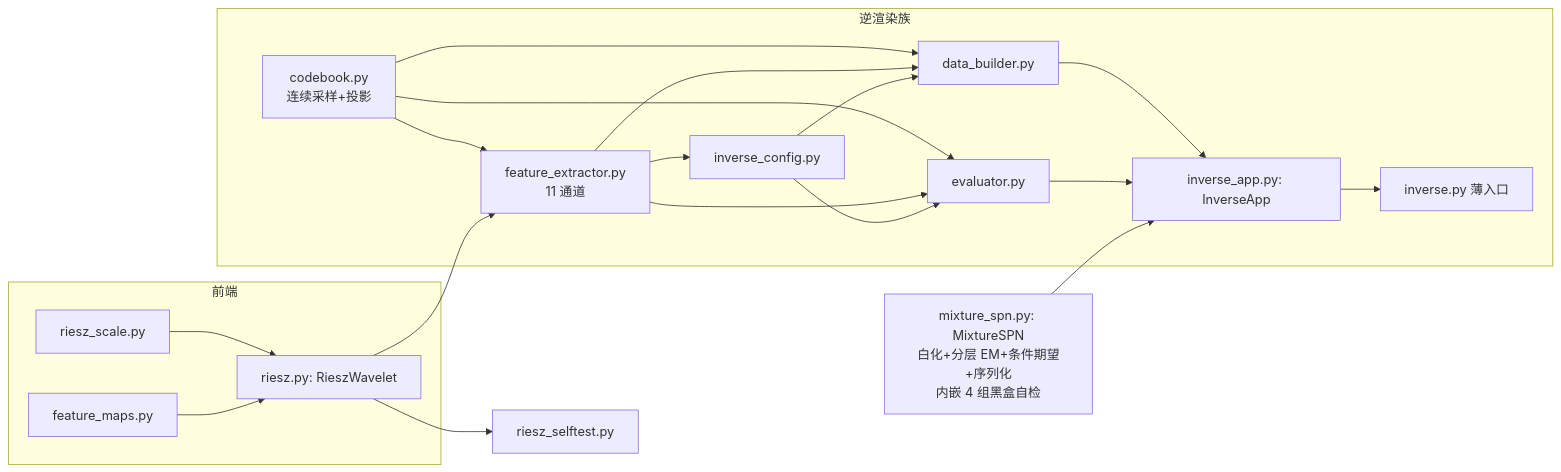
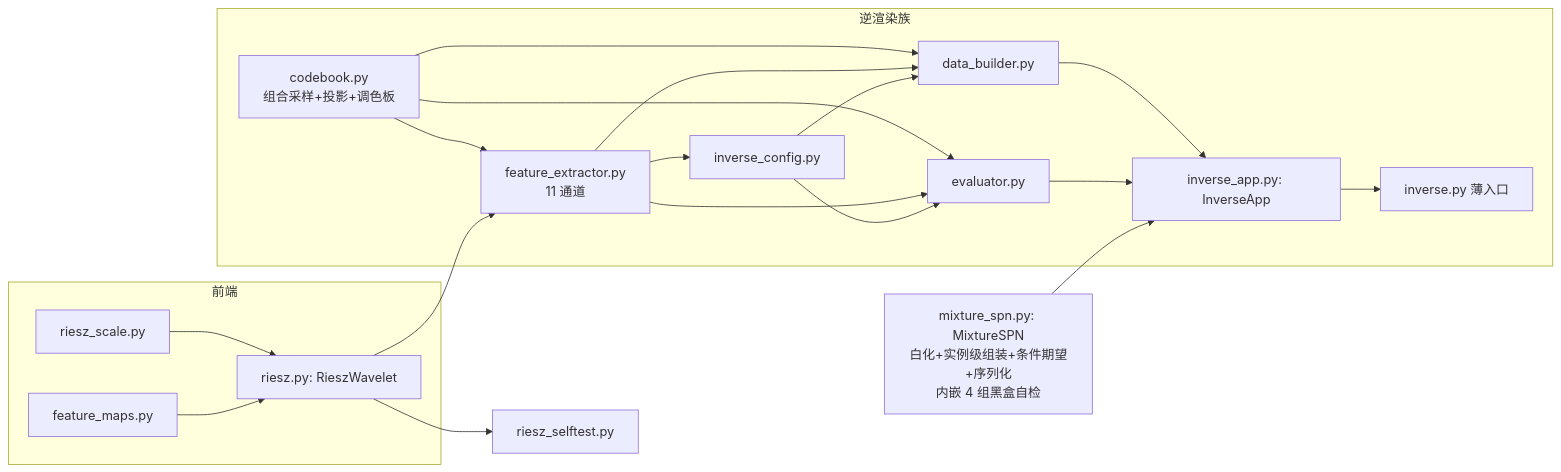
One commit to aki-xavier/conger changed the fourth of 4 diagrams in docs/architecture.md. Above: the diagram before and after it, drawn with Mermaid. The commit also changed other lines of this file and 8 other files, not shown here.

````diff
--- a/docs/architecture.md
+++ b/docs/architecture.md
@@ -53,15 +75,15 @@
 ```mermaid
 flowchart LR
     subgraph CORE["逆渲染族"]
-        CBK["codebook.py<br/>连续采样+投影"] --> FEX["feature_extractor.py<br/>11 通道"] --> DCFG["inverse_config.py"]
+        CBK["codebook.py<br/>组合采样+投影+调色板"] --> FEX["feature_extractor.py<br/>11 通道"] --> DCFG["inverse_config.py"]
         CBK & FEX & DCFG --> DB["data_builder.py"] & EV["evaluator.py"]
         DB & EV --> APP["inverse_app.py: InverseApp"]
         APP --> ENTRY["inverse.py 薄入口"]
     end
     subgraph FRONT["前端"]
         RS["riesz_scale.py"] & FM["feature_maps.py"] --> RW["riesz.py: RieszWavelet"]
         RW --> FEX
     end
-    MSP["mixture_spn.py: MixtureSPN<br/>白化+分层 EM+条件期望+序列化<br/>内嵌 4 组黑盒自检"] --> APP
+    MSP["mixture_spn.py: MixtureSPN<br/>白化+实例级组装+条件期望+序列化<br/>内嵌 4 组黑盒自检"] --> APP
     RW --> ST["riesz_selftest.py"]
 ```
````
